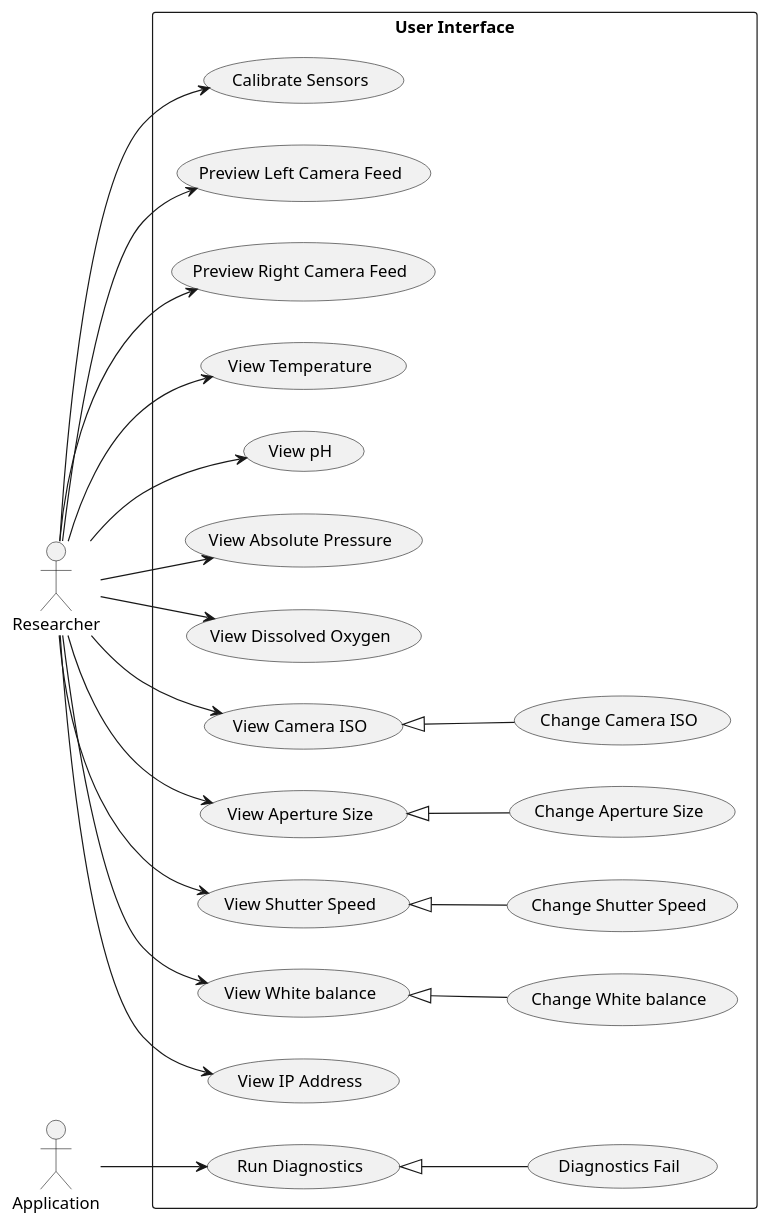
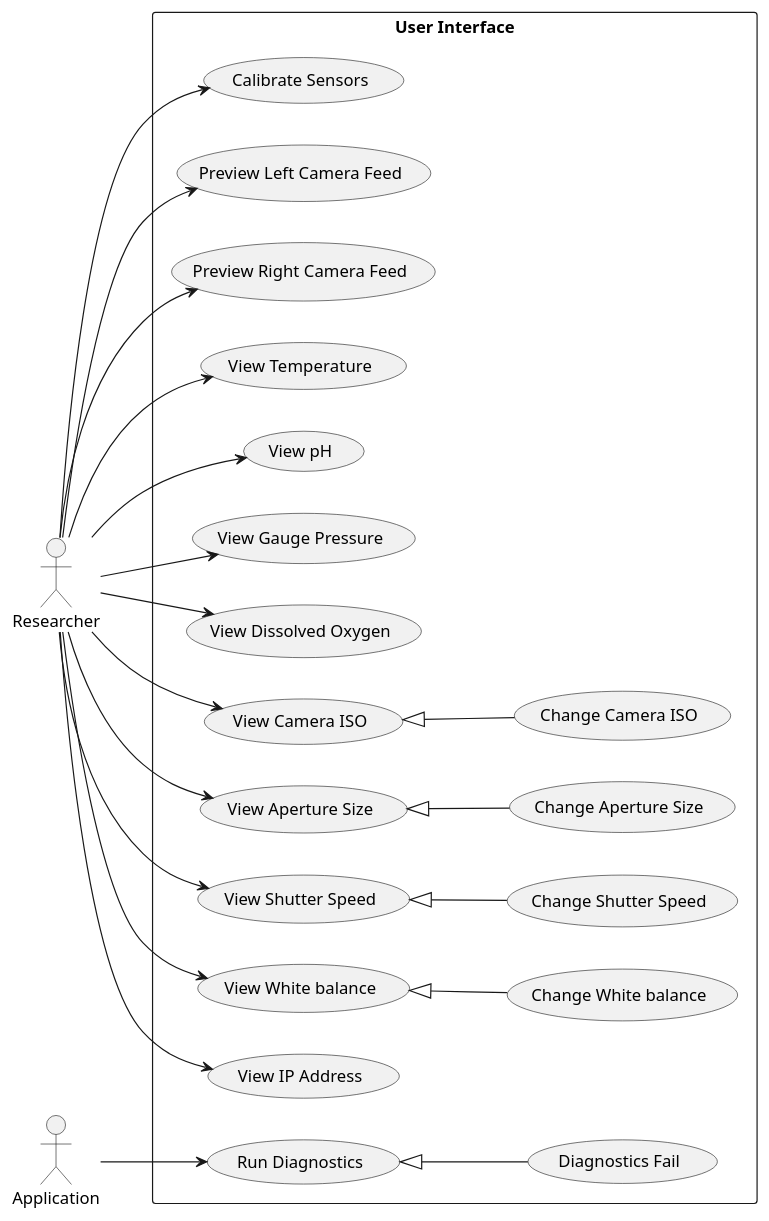
Before and after one commit to fabiomatos999/M.O.S.I.S: the diagram in Progress_Report_Document/Appendix/Design_Documentation/Use_Case_Diagram/Figures/use_case.pu, drawn with PlantUML. The commit also changed 2 other files, not shown here.

Commit message:
Fix module description and use case diagram

```diff
--- a/Progress_Report_Document/Appendix/Design_Documentation/Use_Case_Diagram/Figures/use_case.pu
+++ b/Progress_Report_Document/Appendix/Design_Documentation/Use_Case_Diagram/Figures/use_case.pu
@@ -1,43 +1,43 @@
 @startuml
 left to right direction
 :Researcher: as R
 :Application: as A
 rectangle "User Interface" {
 	  usecase "Run Diagnostics" as RD
 	  usecase "Diagnostics Fail" as DF
 	  usecase "Preview Left Camera Feed" as PLCF
 	  usecase "Preview Right Camera Feed" as PRCF
 	  usecase "View Temperature" as VT
 	  usecase "View pH" as VPh
-	  usecase "View Absolute Pressure" as VAP
+	  usecase "View Gauge Pressure" as VAP
 	  usecase "View Dissolved Oxygen" as VDO
 	  usecase "View Camera ISO" as VCI
 	  usecase "View Aperture Size" as VAS
 	  usecase "View Shutter Speed" as VSS
 	  usecase "View White balance" as VWB
 	  usecase "View IP Address" as VIA
 	  usecase "Change Camera ISO" as CCI
 	  usecase "Change Aperture Size" as CAS
 	  usecase "Change Shutter Speed" as CSS
 	  usecase "Change White balance" as CWB
 	  usecase "Calibrate Sensors" as CS
 }
 A --> RD
 RD <|-- DF
 R --> PLCF
 R --> PRCF
 R --> VT
 R --> VPh
 R --> VAP
 R --> VDO
 R --> VCI
 R --> VAS
 R --> VSS
 R --> VWB
 R --> VIA
 R --> CS
 VCI <|-- CCI
 VAS <|-- CAS
 VSS <|-- CSS
 VWB <|-- CWB
 @enduml
```
